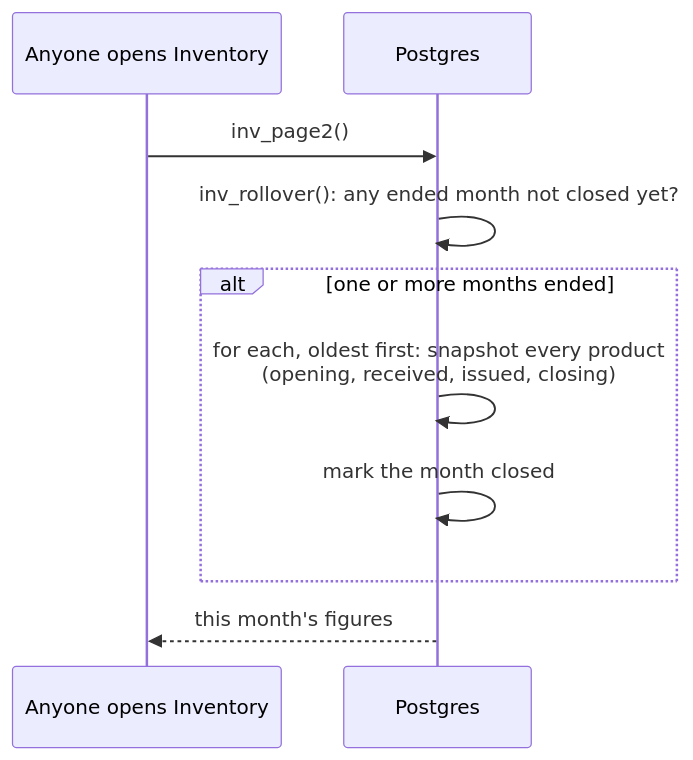
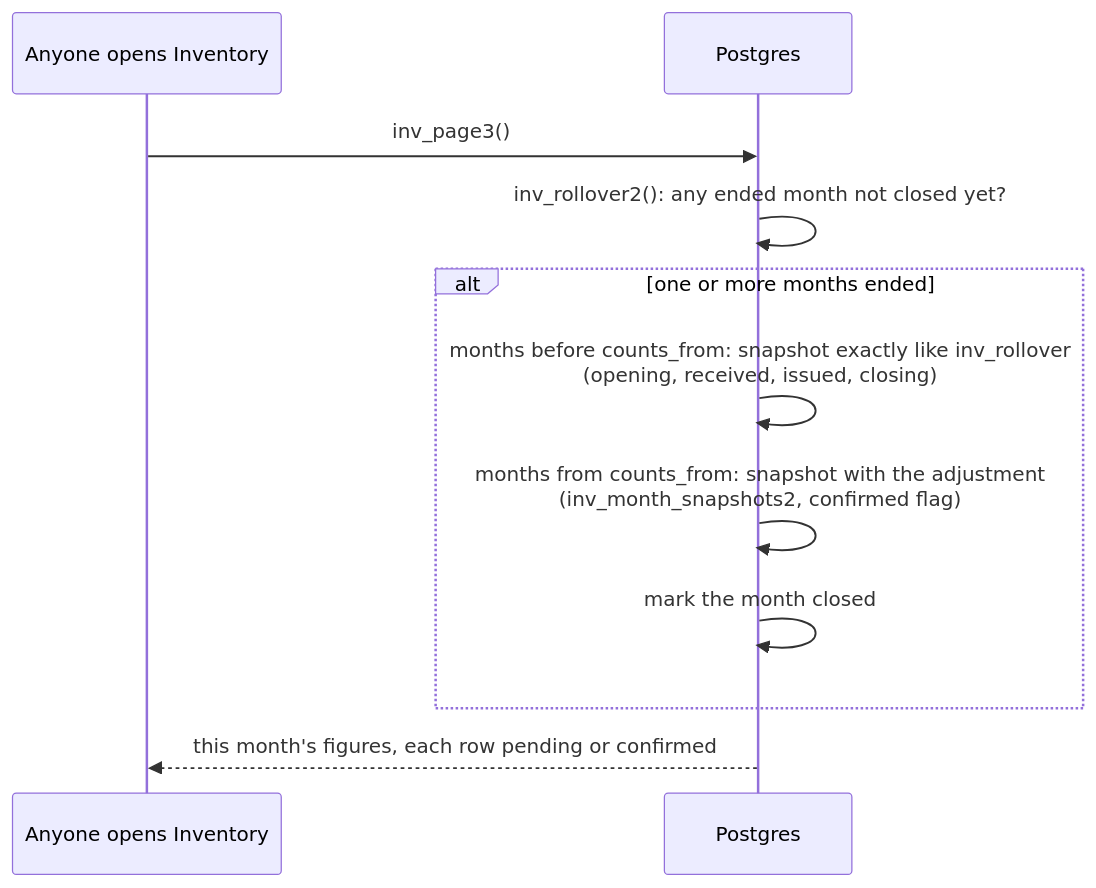
Before and after one commit to Himkush1414/Super-Management-System: the second of 5 diagrams in docs/inventory/README.md, drawn with Mermaid. The commit also changed other lines of this file and 6 other files, not shown here.

````diff
--- a/docs/inventory/README.md
+++ b/docs/inventory/README.md
@@ -96,12 +102,13 @@
 ```mermaid
 sequenceDiagram
   participant U as Anyone opens Inventory
   participant DB as Postgres
-  U->>DB: inv_page2()
-  DB->>DB: inv_rollover(): any ended month not closed yet?
+  U->>DB: inv_page3()
+  DB->>DB: inv_rollover2(): any ended month not closed yet?
   alt one or more months ended
-    DB->>DB: for each, oldest first: snapshot every product<br/>(opening, received, issued, closing)
+    DB->>DB: months before counts_from: snapshot exactly like inv_rollover<br/>(opening, received, issued, closing)
+    DB->>DB: months from counts_from: snapshot with the adjustment<br/>(inv_month_snapshots2, confirmed flag)
     DB->>DB: mark the month closed
   end
-  DB-->>U: this month's figures
+  DB-->>U: this month's figures, each row pending or confirmed
 ```
````
